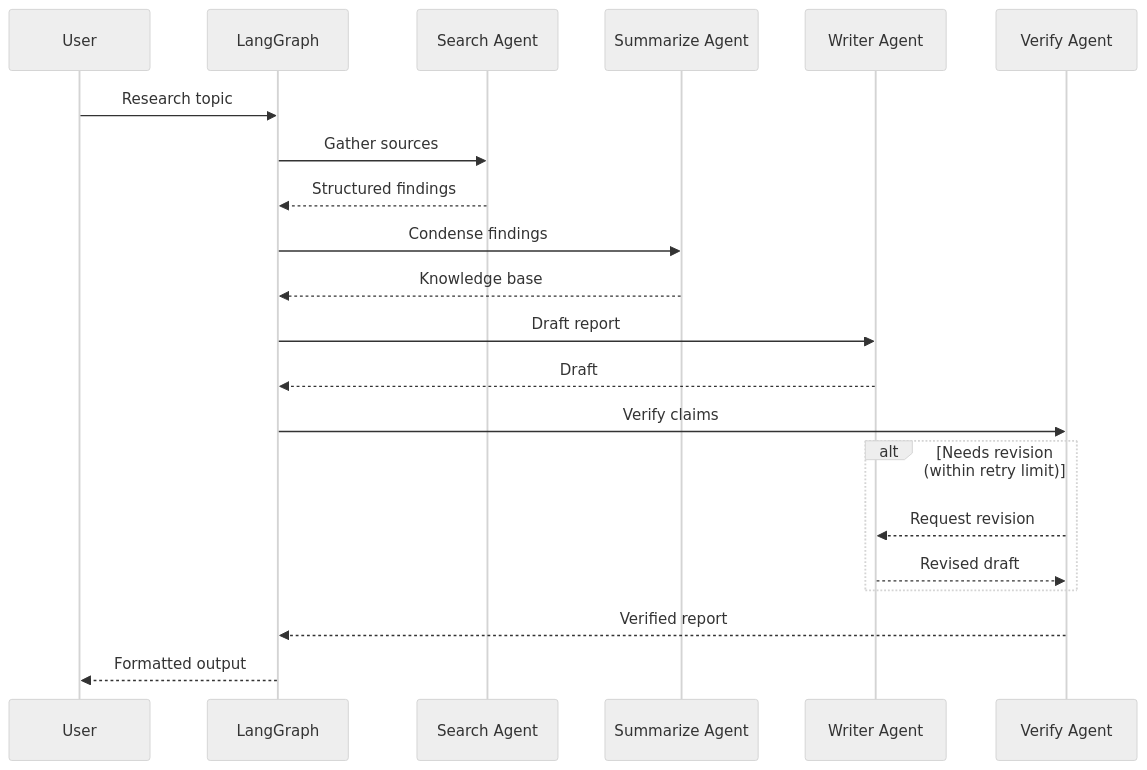
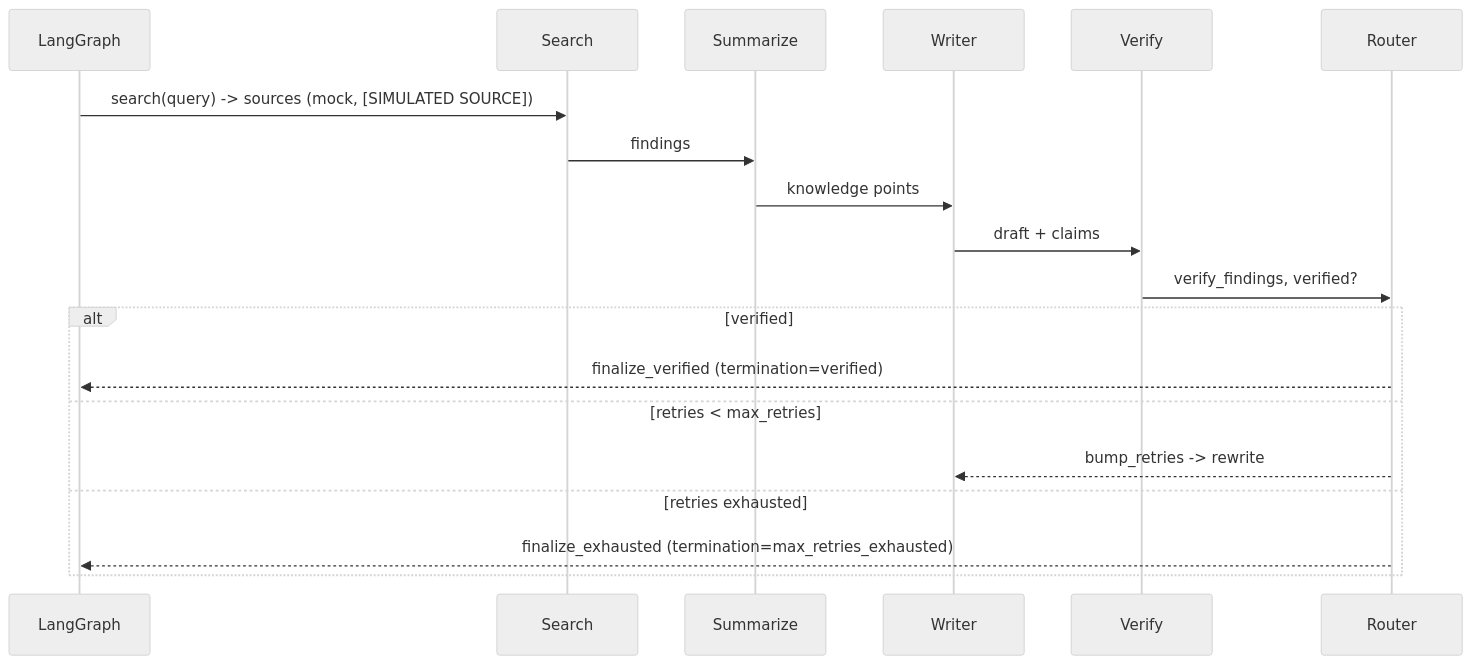
The second of 2 diagrams in README.md (kode-0x/Queryn), drawn with Mermaid (neutral theme) before and after one commit. The commit also changed other lines of this file and 21 other files, not shown here.

````diff
--- a/README.md
+++ b/README.md
@@ -159,24 +108,22 @@
 ```mermaid
 sequenceDiagram
-    participant U as User
     participant G as LangGraph
-    participant S as Search Agent
-    participant Sum as Summarize Agent
-    participant W as Writer Agent
-    participant V as Verify Agent
+    participant S as Search
+    participant Sum as Summarize
+    participant W as Writer
+    participant V as Verify
+    participant R as Router
 
-    U->>G: Research topic
-    G->>S: Gather sources
-    S-->>G: Structured findings
-    G->>Sum: Condense findings
-    Sum-->>G: Knowledge base
-    G->>W: Draft report
-    W-->>G: Draft
-    G->>V: Verify claims
-    alt Needs revision (within retry limit)
-        V-->>W: Request revision
-        W-->>V: Revised draft
+    G->>S: search(query) -> sources (mock, [SIMULATED SOURCE])
+    S->>Sum: findings
+    Sum->>W: knowledge points
+    W->>V: draft + claims
+    V->>R: verify_findings, verified?
+    alt verified
+        R-->>G: finalize_verified (termination=verified)
+    else retries < max_retries
+        R-->>W: bump_retries -> rewrite
+    else retries exhausted
+        R-->>G: finalize_exhausted (termination=max_retries_exhausted)
     end
-    V-->>G: Verified report
-    G-->>U: Formatted output
 ```
````
